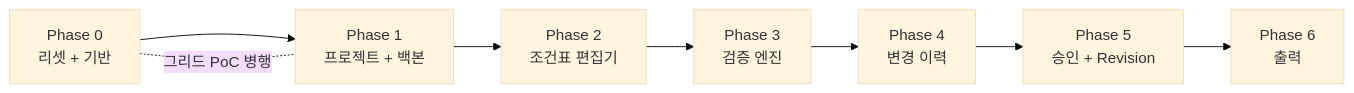
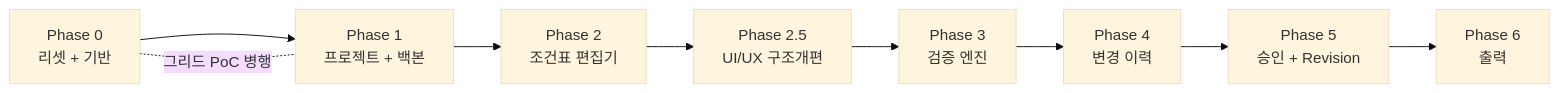
Before and after one commit to Middleages/process-condition-manager: the diagram in plan/04-roadmap.md, drawn with Mermaid (base theme). The commit also changed other lines of this file and 4 other files, not shown here.

````diff
--- a/plan/04-roadmap.md
+++ b/plan/04-roadmap.md
@@ -9,10 +9,11 @@
 ```mermaid
 flowchart LR
     P0[Phase 0<br/>리셋 + 기반] --> P1[Phase 1<br/>프로젝트 + 백본]
     P0 -.그리드 PoC 병행.- P1
     P1 --> P2[Phase 2<br/>조건표 편집기]
-    P2 --> P3[Phase 3<br/>검증 엔진]
+    P2 --> P25[Phase 2.5<br/>UI/UX 구조개편]
+    P25 --> P3[Phase 3<br/>검증 엔진]
     P3 --> P4[Phase 4<br/>변경 이력]
     P4 --> P5[Phase 5<br/>승인 + Revision]
     P5 --> P6[Phase 6<br/>출력]
 ```
````
